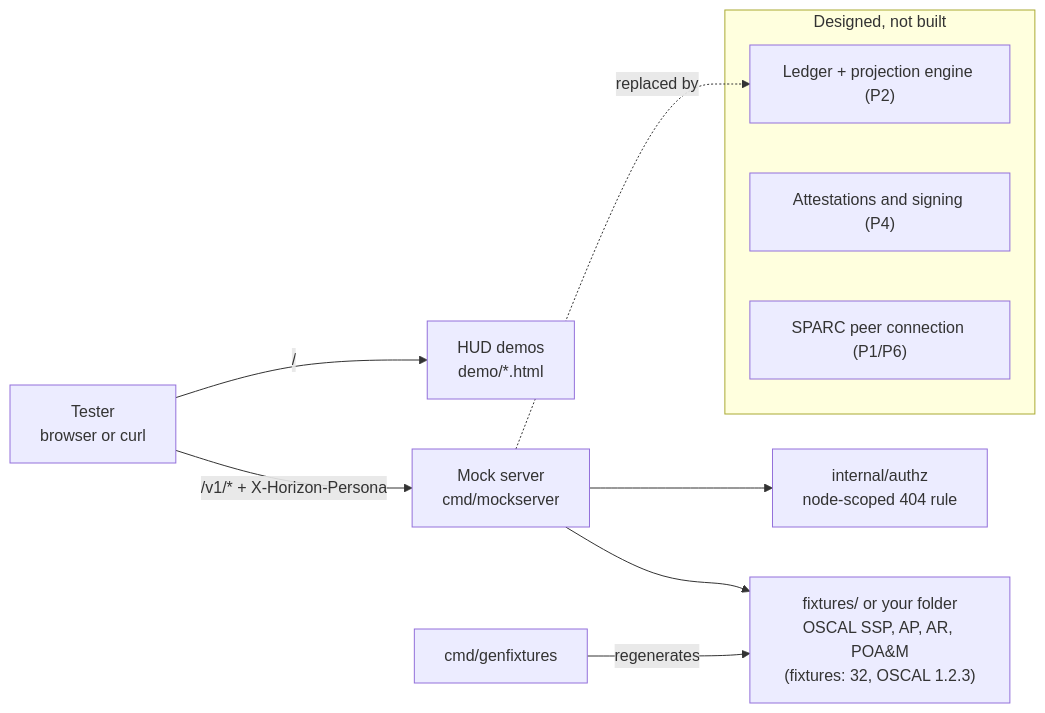
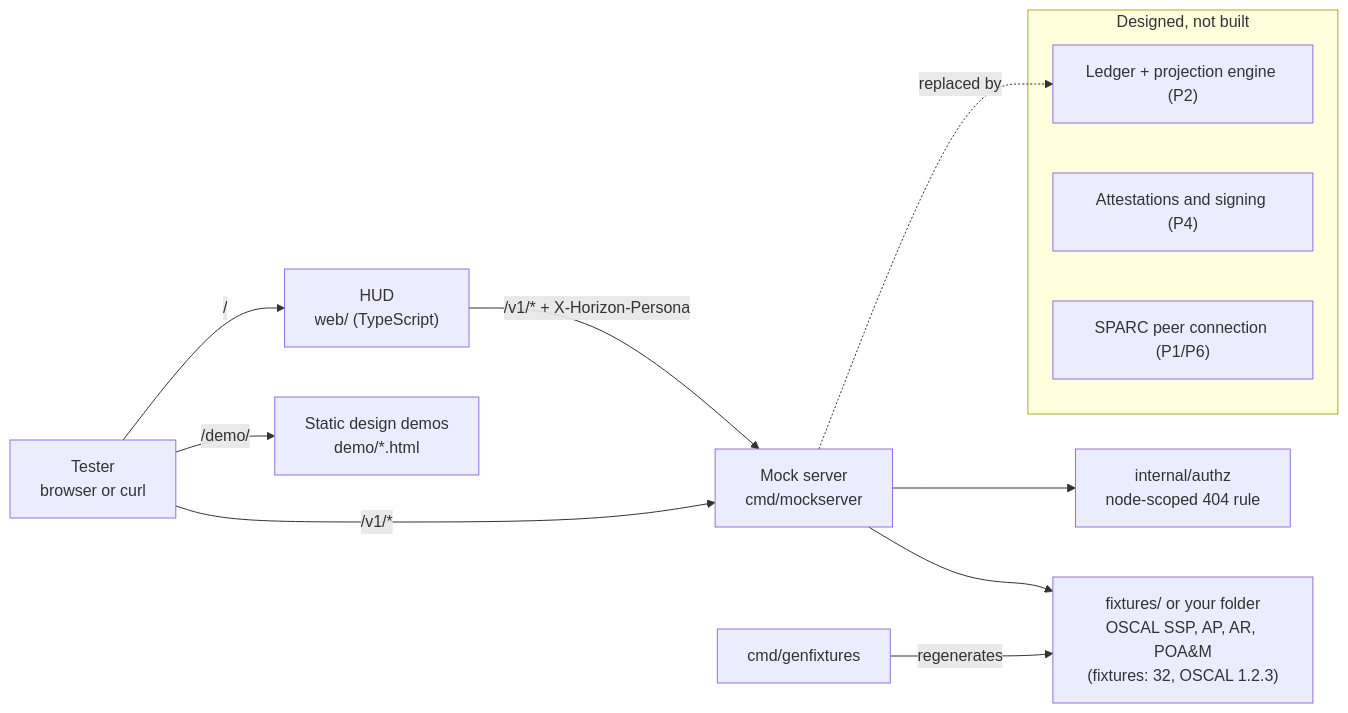
One commit to risk-sentinel/sparc-horizon changed the diagram in README.md. Above: the diagram before and after it, drawn with Mermaid. The commit also changed other lines of this file and 11 other files, not shown here.

````diff
--- a/README.md
+++ b/README.md
@@ -14,14 +14,16 @@
 ```mermaid
 flowchart LR
-  T["Tester<br/>browser or curl"] -->|"/"| D["HUD demos<br/>demo/*.html"]
-  T -->|"/v1/* + X-Horizon-Persona"| M["Mock server<br/>cmd/mockserver"]
+  T["Tester<br/>browser or curl"] -->|"/"| H["HUD<br/>web/ (TypeScript)"]
+  H -->|"/v1/* + X-Horizon-Persona"| M["Mock server<br/>cmd/mockserver"]
+  T -->|"/v1/*"| M
+  T -->|"/demo/"| D["Static design demos<br/>demo/*.html"]
   M --> A["internal/authz<br/>node-scoped 404 rule"]
   M --> F["fixtures/ or your folder<br/>OSCAL SSP, AP, AR, POA&M<br/>(fixtures: 32, OSCAL 1.2.3)"]
   G["cmd/genfixtures"] -->|"regenerates"| F
   subgraph planned["Designed, not built"]
     L["Ledger + projection engine (P2)"]
     S["Attestations and signing (P4)"]
     P["SPARC peer connection (P1/P6)"]
   end
   M -. replaced by .-> L
 ```
````
